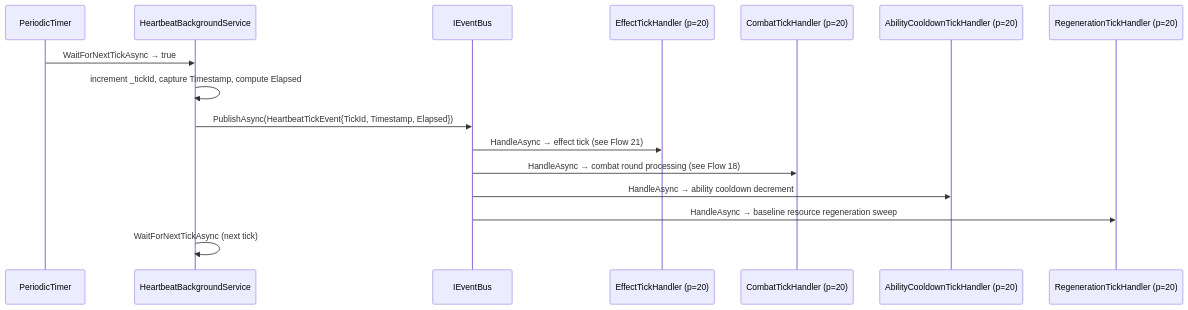
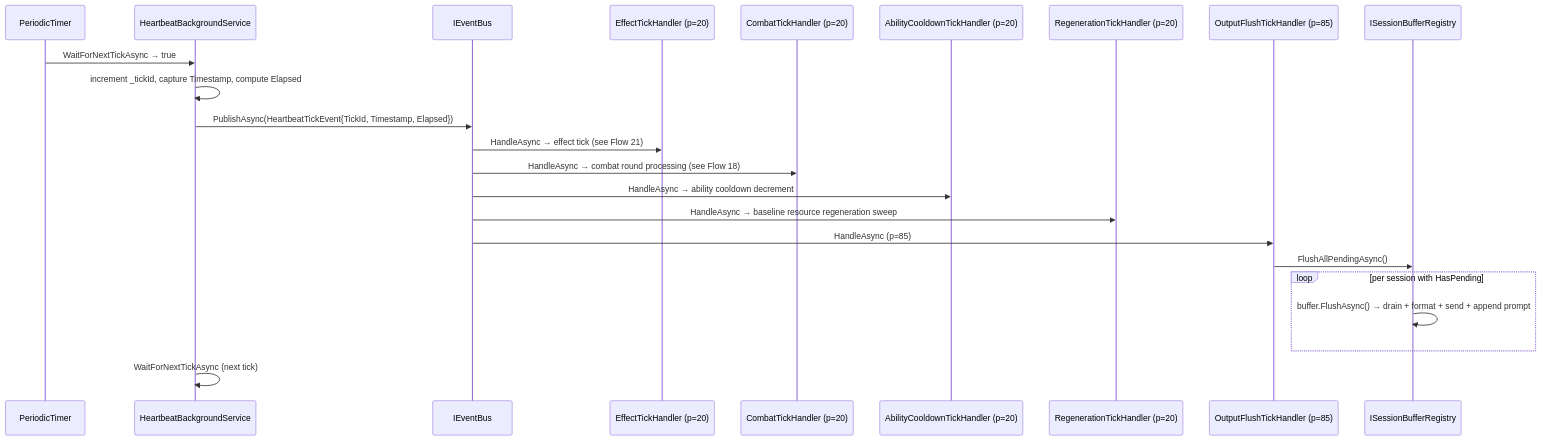
One commit to dmbyer/Hedron changed the diagram in docs/architecture/flows/flow-16-heartbeat-tick.md. Above: the diagram before and after it, drawn with Mermaid. The commit also changed other lines of this file and 75 other files, not shown here.

First line of the commit message:
slice output-batching: player prompt + session-scoped output buffer (#110)

````diff
--- a/docs/architecture/flows/flow-16-heartbeat-tick.md
+++ b/docs/architecture/flows/flow-16-heartbeat-tick.md
@@ -9,19 +9,26 @@
 ```mermaid
 sequenceDiagram
     participant Timer as PeriodicTimer
     participant HBS as HeartbeatBackgroundService
     participant Bus as IEventBus
     participant ETH as EffectTickHandler (p=20)
     participant CTH as CombatTickHandler (p=20)
     participant ACTH as AbilityCooldownTickHandler (p=20)
     participant RTH as RegenerationTickHandler (p=20)
+    participant OFTH as OutputFlushTickHandler (p=85)
+    participant Reg as ISessionBufferRegistry
 
     Timer->>HBS: WaitForNextTickAsync → true
     HBS->>HBS: increment _tickId, capture Timestamp, compute Elapsed
     HBS->>Bus: PublishAsync(HeartbeatTickEvent{TickId, Timestamp, Elapsed})
     Bus->>ETH: HandleAsync → effect tick (see Flow 21)
     Bus->>CTH: HandleAsync → combat round processing (see Flow 18)
     Bus->>ACTH: HandleAsync → ability cooldown decrement
     Bus->>RTH: HandleAsync → baseline resource regeneration sweep
+    Bus->>OFTH: HandleAsync (p=85)
+    OFTH->>Reg: FlushAllPendingAsync()
+    loop per session with HasPending
+        Reg->>Reg: buffer.FlushAsync() → drain + format + send + append prompt
+    end
     HBS->>HBS: WaitForNextTickAsync (next tick)
 ```
````
